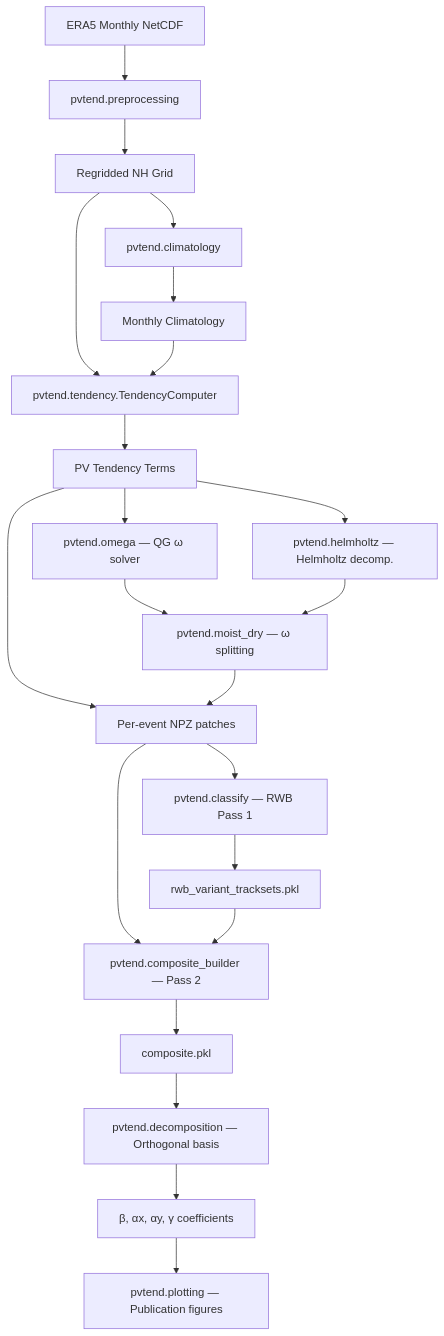
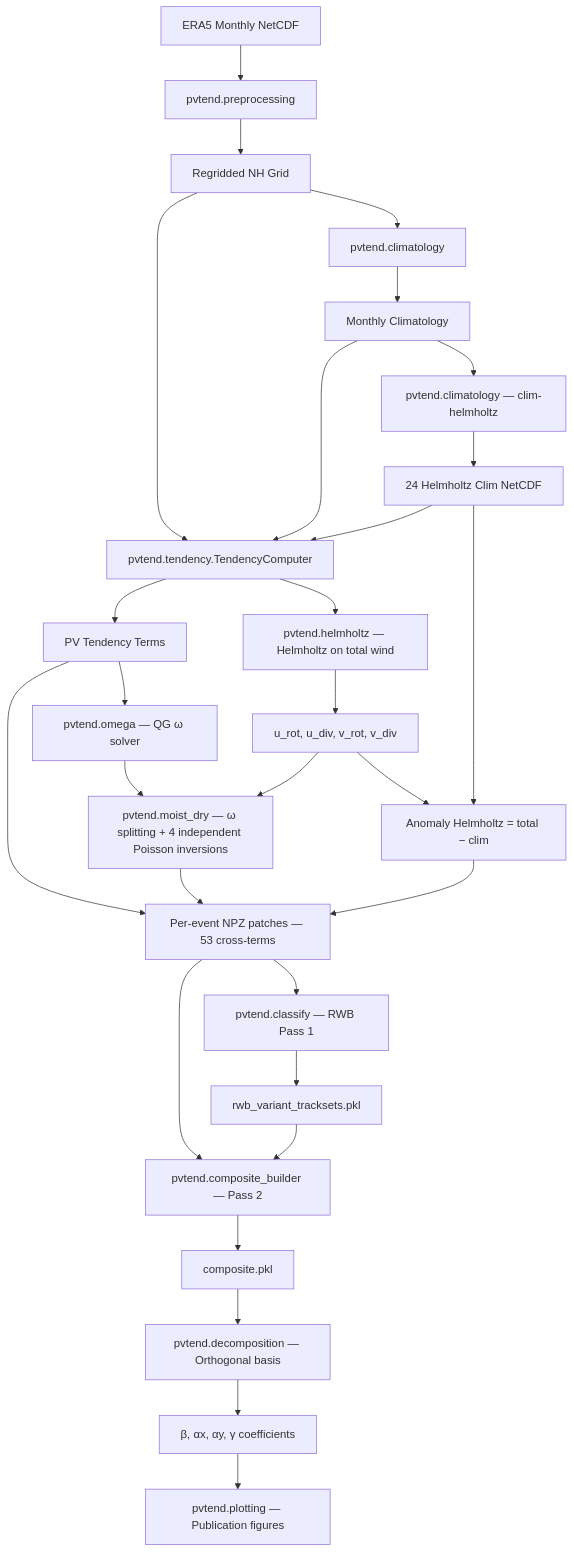
Before and after one commit to yanxingjianken/pvtend: the diagram in README.md, drawn with Mermaid. The commit also changed other lines of this file and 14 other files, not shown here.

First line of the commit message:
feat!: v2.0.0 Helmholtz-first architecture, 53 cross-term PV budget

````diff
--- a/README.md
+++ b/README.md
@@ -136,20 +144,24 @@
 ```mermaid
 graph TD
     A[ERA5 Monthly NetCDF] --> B[pvtend.preprocessing]
     B --> C[Regridded NH Grid]
     C --> D[pvtend.climatology]
     D --> E[Monthly Climatology]
-    C & E --> F[pvtend.tendency.TendencyComputer]
+    E --> E2[pvtend.climatology — clim-helmholtz]
+    E2 --> E3[24 Helmholtz Clim NetCDF]
+    C & E & E3 --> F[pvtend.tendency.TendencyComputer]
     F --> G[PV Tendency Terms]
+    F --> I[pvtend.helmholtz — Helmholtz on total wind]
+    I --> I2[u_rot, u_div, v_rot, v_div]
+    I2 & E3 --> I3[Anomaly Helmholtz = total − clim]
     G --> H[pvtend.omega — QG ω solver]
-    G --> I[pvtend.helmholtz — Helmholtz decomp.]
-    H & I --> J[pvtend.moist_dry — ω splitting]
-    G & J --> K[Per-event NPZ patches]
+    H & I2 --> J[pvtend.moist_dry — ω splitting + 4 independent Poisson inversions]
+    G & J & I3 --> K[Per-event NPZ patches — 53 cross-terms]
     K --> L1[pvtend.classify — RWB Pass 1]
     L1 --> L1a[rwb_variant_tracksets.pkl]
     K & L1a --> L2[pvtend.composite_builder — Pass 2]
     L2 --> L2a[composite.pkl]
     L2a --> M[pvtend.decomposition — Orthogonal basis]
     M --> N[β, αx, αy, γ coefficients]
     N --> O[pvtend.plotting — Publication figures]
 ```
````
